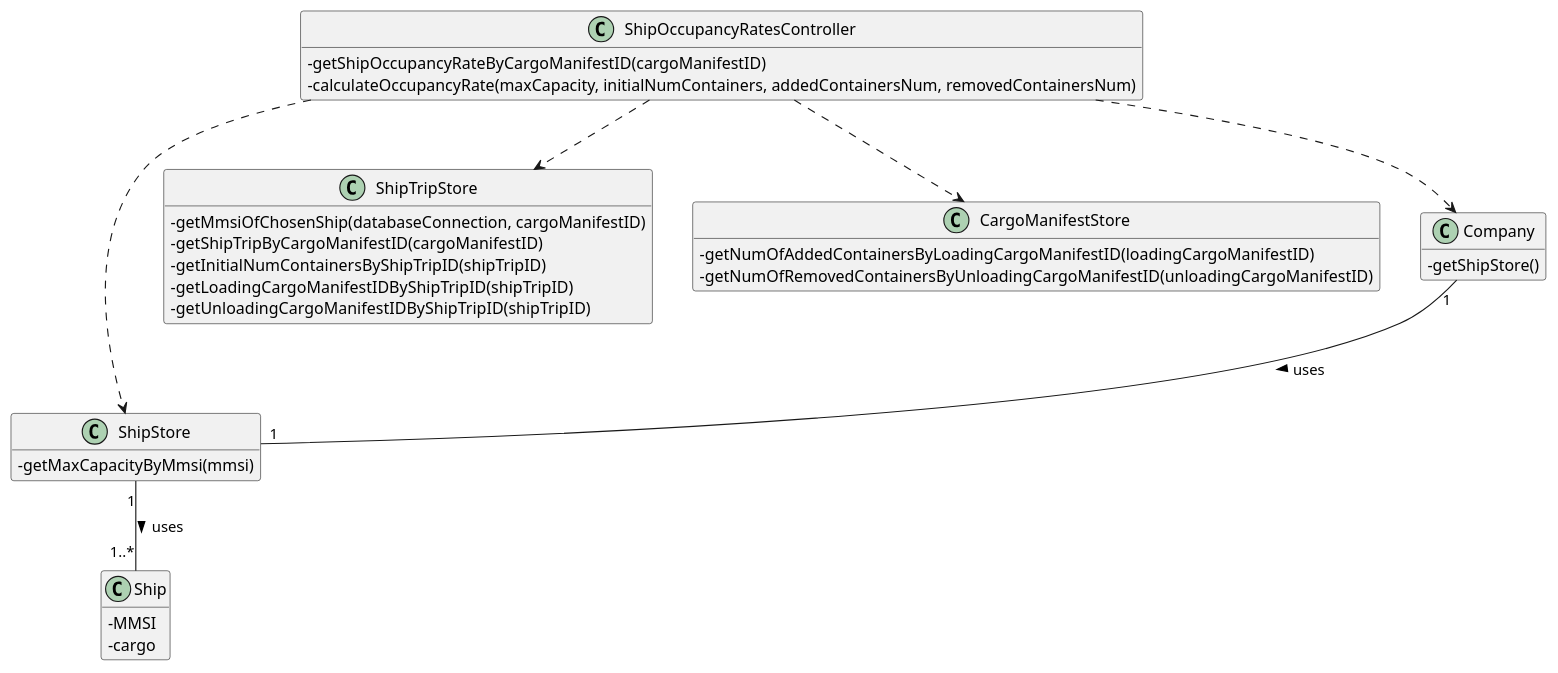
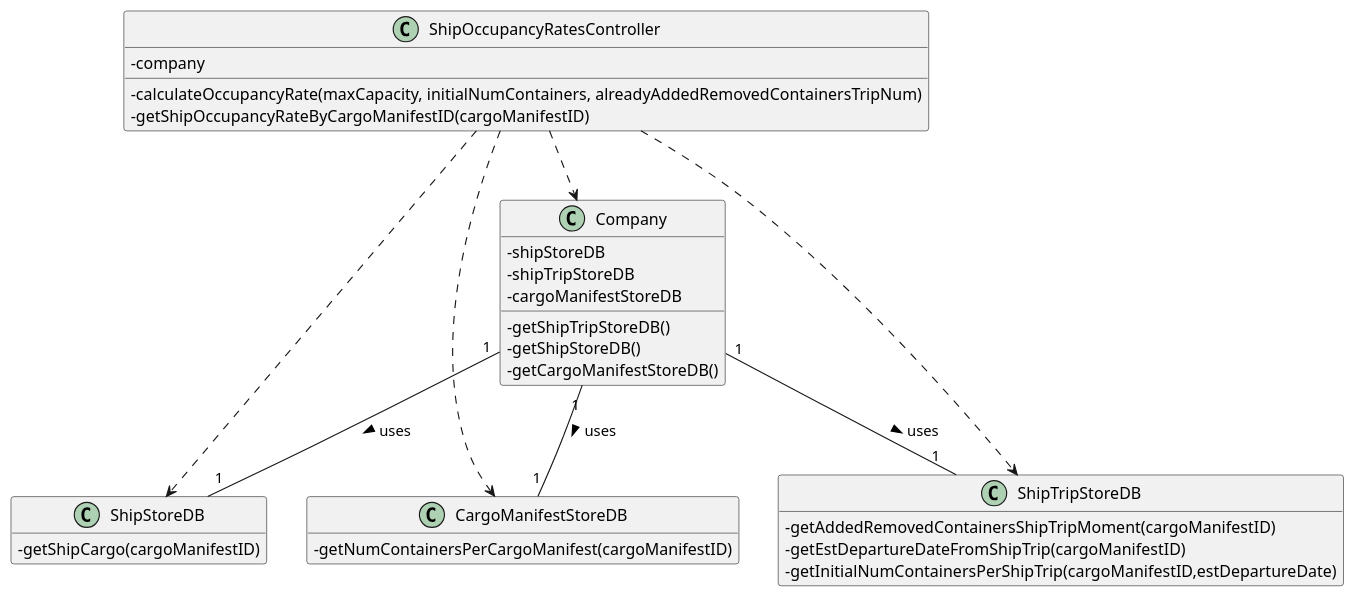
The diagram in docs/US208/US_208_CD.puml (ana-albergaria/LAPR3-ISEP), drawn with PlantUML before and after one commit. The commit also changed 3 other files, not shown here.

```diff
--- a/docs/US208/US_208_CD.puml
+++ b/docs/US208/US_208_CD.puml
@@ -1,60 +1,45 @@
 @startuml
 
 hide empty methods
 hide empty attributes
 'left to right direction
 skinparam classAttributeIconSize 0
 
 class ShipOccupancyRatesController{
+- company
+- calculateOccupancyRate(maxCapacity, initialNumContainers, alreadyAddedRemovedContainersTripNum)
 - getShipOccupancyRateByCargoManifestID(cargoManifestID)
-- calculateOccupancyRate(maxCapacity, initialNumContainers, addedContainersNum, removedContainersNum)
 }
 
-class ShipStore{
-- getMaxCapacityByMmsi(mmsi)
+class ShipStoreDB{
+- getShipCargo(cargoManifestID)
 }
 
-class ShipTripStore{
-- getMmsiOfChosenShip(databaseConnection, cargoManifestID)
-- getShipTripByCargoManifestID(cargoManifestID)
-- getInitialNumContainersByShipTripID(shipTripID)
-- getLoadingCargoManifestIDByShipTripID(shipTripID)
-- getUnloadingCargoManifestIDByShipTripID(shipTripID)
+class ShipTripStoreDB{
+- getAddedRemovedContainersShipTripMoment(cargoManifestID)
+- getEstDepartureDateFromShipTrip(cargoManifestID)
+- getInitialNumContainersPerShipTrip(cargoManifestID,estDepartureDate)
 }
 
-class CargoManifestStore{
-- getNumOfAddedContainersByLoadingCargoManifestID(loadingCargoManifestID)
-- getNumOfRemovedContainersByUnloadingCargoManifestID(unloadingCargoManifestID)
+class CargoManifestStoreDB{
+- getNumContainersPerCargoManifest(cargoManifestID)
 }
 
 class Company{
-- getShipStore()
+- shipStoreDB
+- shipTripStoreDB
+- cargoManifestStoreDB
+- getShipTripStoreDB()
+- getShipStoreDB()
+- getCargoManifestStoreDB()
 }
 
-class Ship {
-- MMSI
-- cargo
-}
-
-'class ShipsStore{
-'- findShipByAnyCode(code)
-'}
-
-'class ShipsBST{
-'- findShipByMmsi(MMSI)
-'}
-
-'class BST{}
-
-'preciso do cargo manifest com o id
-'preciso da ship trip pq ela contem o cargo manifest e o mmsi para o ship
-'vou procurar o ship com o mmsi da ship trip
-
 ShipOccupancyRatesController ..> Company
-ShipOccupancyRatesController ..> ShipStore
-ShipOccupancyRatesController ..> ShipTripStore
-ShipOccupancyRatesController ..> CargoManifestStore
-Company "1" -- "1" ShipStore : uses >
-ShipStore "1" -- "1..*" Ship : uses >
+ShipOccupancyRatesController ..> ShipStoreDB
+ShipOccupancyRatesController ..> ShipTripStoreDB
+ShipOccupancyRatesController ..> CargoManifestStoreDB
+Company "1" -- "1" ShipStoreDB : uses >
+Company "1" -- "1" ShipTripStoreDB : uses >
+Company "1" -- "1" CargoManifestStoreDB : uses >
 
 @enduml
```
